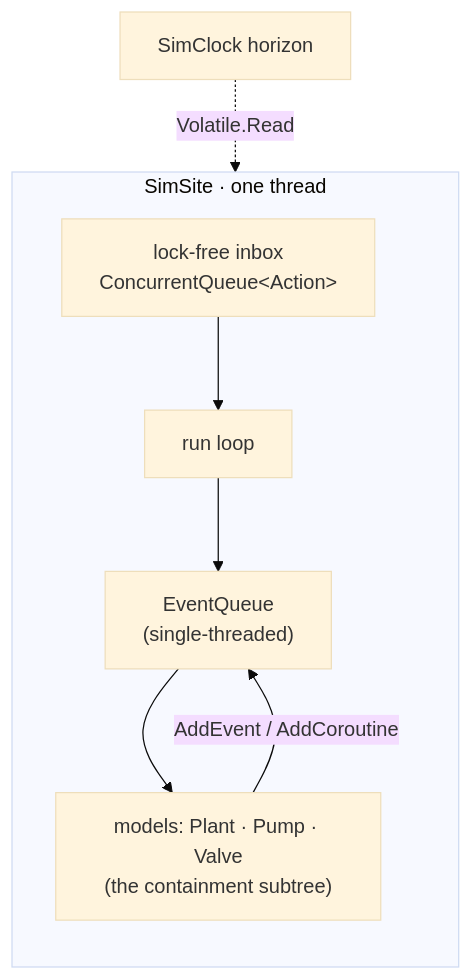
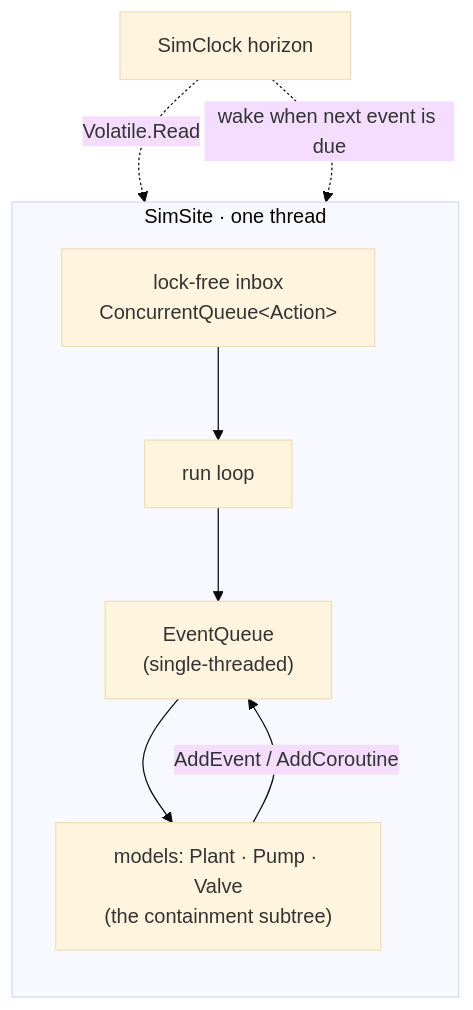
Before and after one commit to SimulaSharp-org/simulasharp-docs: the first of 6 diagrams in public/content/simsites-and-actors.md, drawn with Mermaid (base theme). The commit also changed other lines of this file and 2 other files, not shown here.

````diff
--- a/public/content/simsites-and-actors.md
+++ b/public/content/simsites-and-actors.md
@@ -22,15 +23,16 @@
 ```mermaid
 flowchart TB
   subgraph SITE["SimSite  ·  one thread"]
     direction TB
     INBOX["lock-free inbox<br/>ConcurrentQueue&lt;Action&gt;"]
     LOOP["run loop"]
     EQ["EventQueue<br/>(single-threaded)"]
     MODELS["models: Plant · Pump · Valve<br/>(the containment subtree)"]
     INBOX --> LOOP
     LOOP --> EQ
     EQ --> MODELS
     MODELS -->|"AddEvent / AddCoroutine"| EQ
   end
   CLK["SimClock horizon"] -.->|"Volatile.Read"| LOOP
+  CLK -.->|"wake when next event is due"| LOOP
 ```
````
